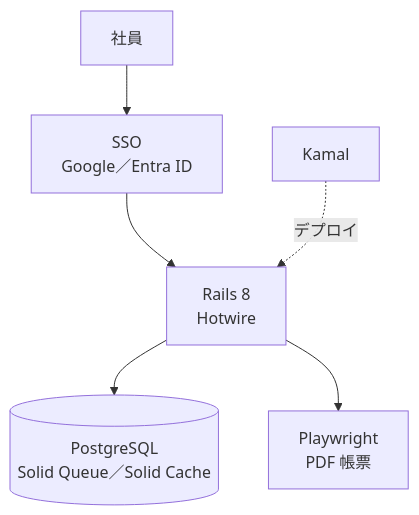
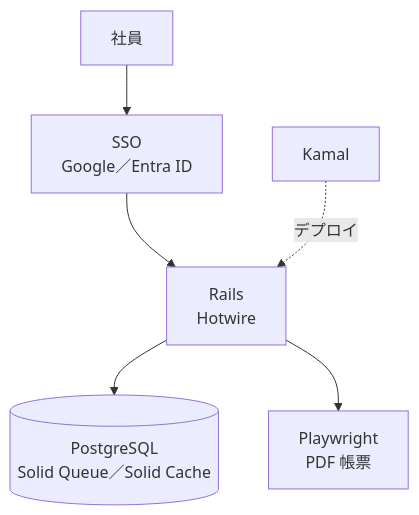
Before and after one commit to kom3da/stackbook: the fourth of 11 diagrams in content/guide/19.md, drawn with Mermaid. The commit also changed other lines of this file and 18 other files, not shown here.

````diff
--- a/content/guide/19.md
+++ b/content/guide/19.md
@@ -150,7 +150,7 @@
 ```mermaid
 flowchart TB
-  U["社員"] --> SSO["SSO<br/>Google／Entra ID"] --> R["Rails 8<br/>Hotwire"]
+  U["社員"] --> SSO["SSO<br/>Google／Entra ID"] --> R["Rails<br/>Hotwire"]
   R --> DB[("PostgreSQL<br/>Solid Queue／Solid Cache")]
   R --> PDF["Playwright<br/>PDF 帳票"]
   K["Kamal"] -. "デプロイ" .-> R
 ```
````
